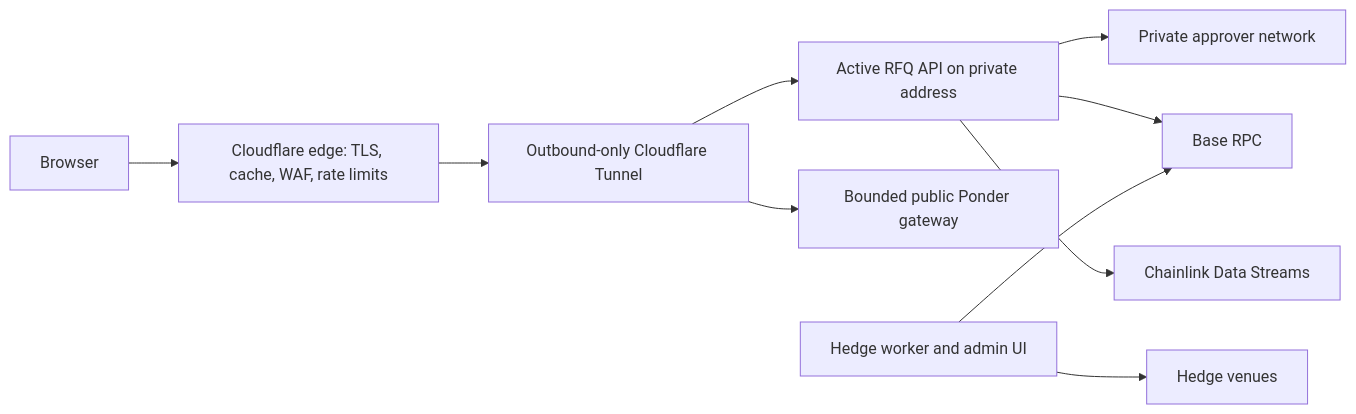
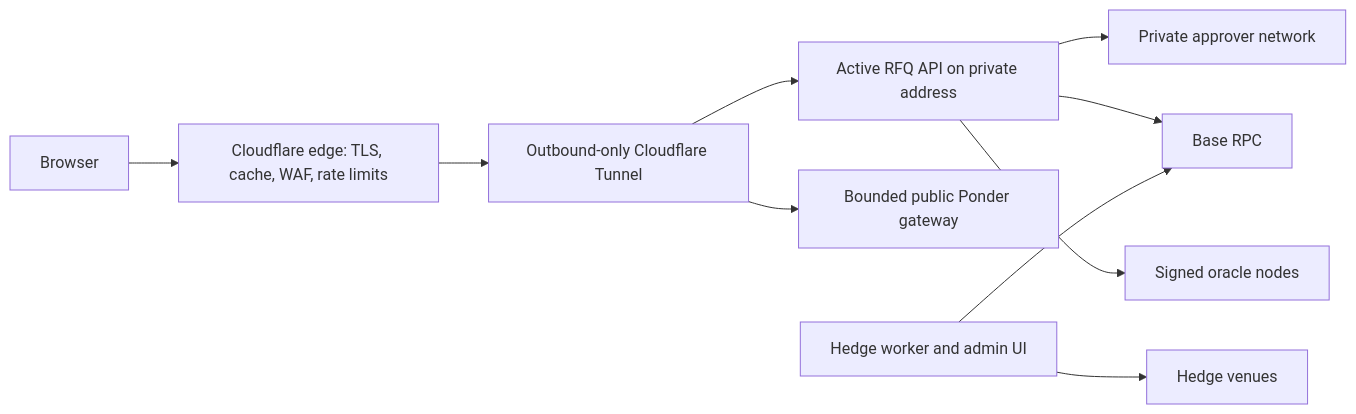
Before and after one commit to arthurtouble/rfqmarkets: the diagram in docs/architecture/edge-and-origin-privacy.md, drawn with Mermaid. The commit also changed other lines of this file and 144 other files, not shown here.

````diff
--- a/docs/architecture/edge-and-origin-privacy.md
+++ b/docs/architecture/edge-and-origin-privacy.md
@@ -12,12 +12,12 @@
 ```mermaid
 flowchart LR
   U[Browser] --> CF[Cloudflare edge: TLS, cache, WAF, rate limits]
   CF --> T[Outbound-only Cloudflare Tunnel]
   T --> API[Active RFQ API on private address]
   T --> P[Bounded public Ponder gateway]
   API --> A[Private approver network]
   API --> RPC[Base RPC]
-  API --> CL[Chainlink Data Streams]
+  API --> CL[Signed oracle nodes]
   H[Hedge worker and admin UI] --> RPC
   H --> V[Hedge venues]
 ```
````
